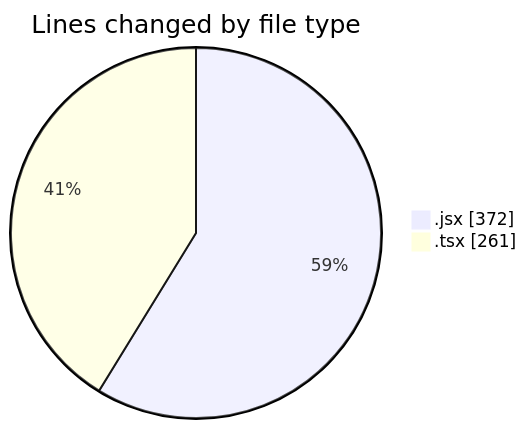
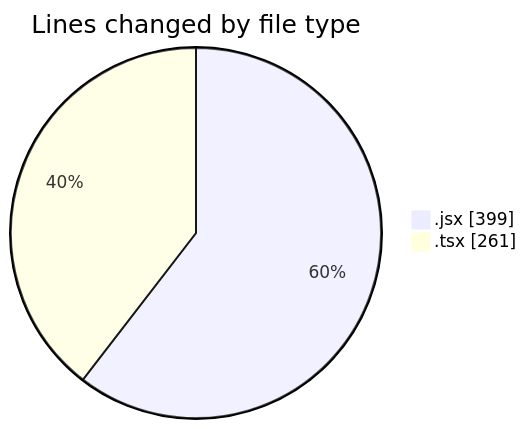
Before and after one commit to momahboobian/code-tracking: the first of 2 diagrams in 2026-02-11/cda/README.md, drawn with Mermaid. The commit also changed other lines of this file and 1 other file, not shown here.

````diff
--- a/2026-02-11/cda/README.md
+++ b/2026-02-11/cda/README.md
@@ -23,6 +23,6 @@
 ```mermaid
 pie showData
 title Lines changed by file type
-".jsx" : 372
+".jsx" : 399
 ".tsx" : 261
 ```
````
